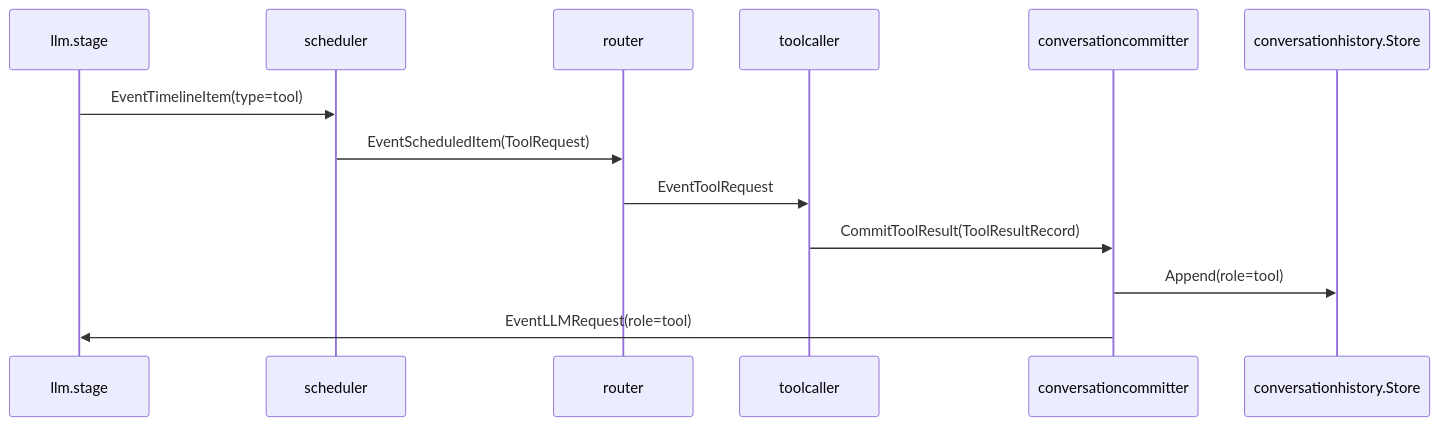
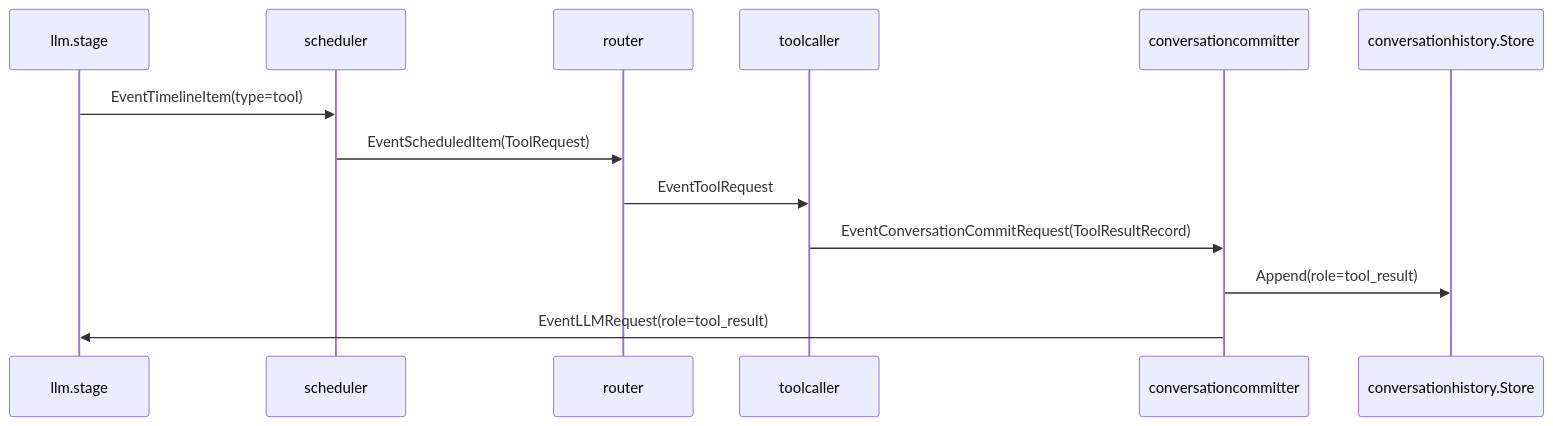
The third of 3 diagrams in docs/components/llm.md (tetetratra/smart-speaker), drawn with Mermaid before and after one commit. The commit also changed other lines of this file and 4 other files, not shown here.

````diff
--- a/docs/components/llm.md
+++ b/docs/components/llm.md
@@ -120,16 +120,16 @@
 ```mermaid
 sequenceDiagram
   participant LLM as llm.stage
   participant Scheduler as scheduler
   participant Router as router
   participant Tool as toolcaller
   participant Committer as conversationcommitter
   participant History as conversationhistory.Store
 
   LLM->>Scheduler: EventTimelineItem(type=tool)
   Scheduler->>Router: EventScheduledItem(ToolRequest)
   Router->>Tool: EventToolRequest
-  Tool->>Committer: CommitToolResult(ToolResultRecord)
-  Committer->>History: Append(role=tool)
-  Committer->>LLM: EventLLMRequest(role=tool)
+  Tool->>Committer: EventConversationCommitRequest(ToolResultRecord)
+  Committer->>History: Append(role=tool_result)
+  Committer->>LLM: EventLLMRequest(role=tool_result)
 ```
````
